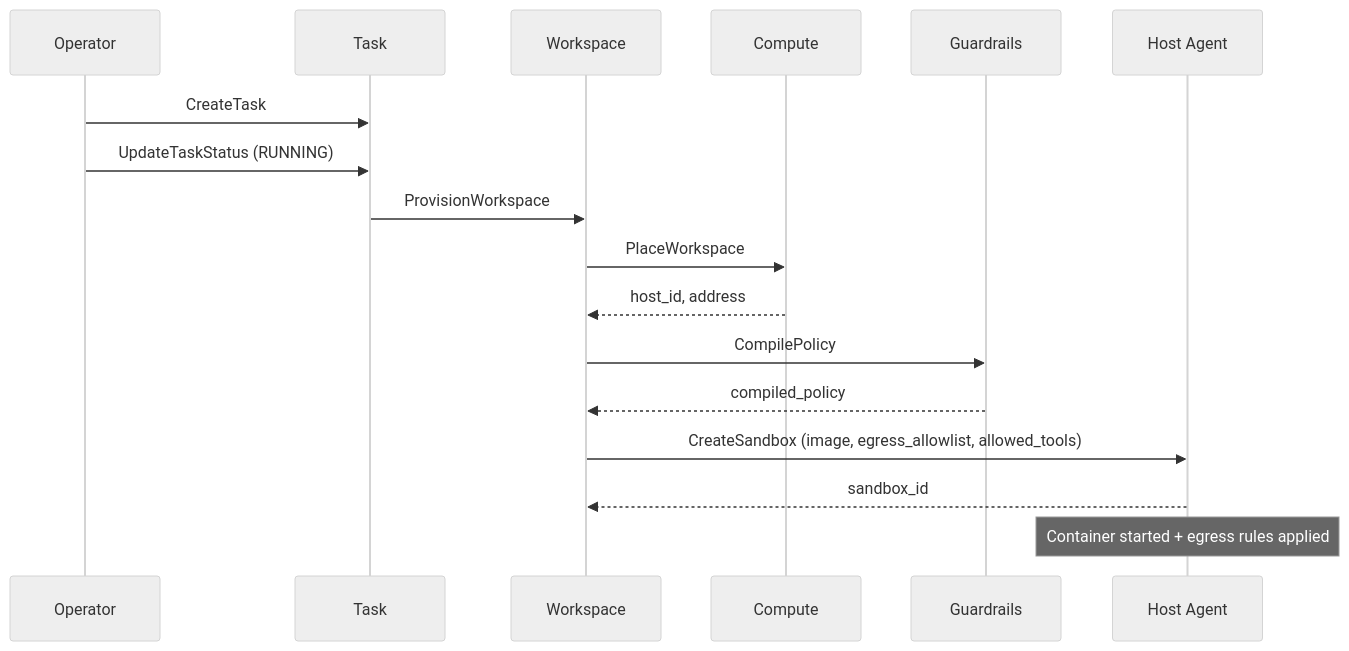
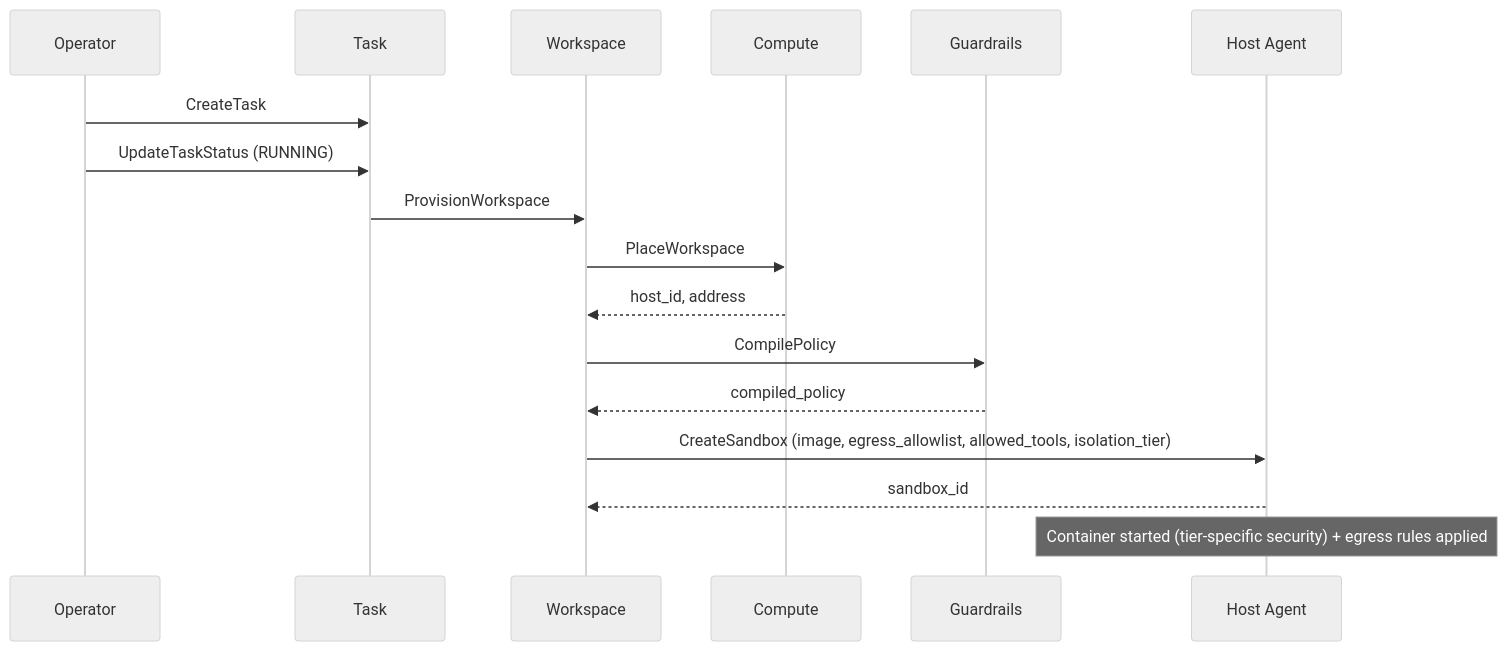
The diagram in docs/getting-started/operator-guide.md (Baselyne-Systems/agent-sandbox-platform), drawn with Mermaid (neutral theme) before and after one commit. The commit also changed other lines of this file and 27 other files, not shown here.

````diff
--- a/docs/getting-started/operator-guide.md
+++ b/docs/getting-started/operator-guide.md
@@ -183,20 +184,20 @@
 ```mermaid
 sequenceDiagram
     participant Op as Operator
     participant Task
     participant WS as Workspace
     participant Compute
     participant Guard as Guardrails
     participant HA as Host Agent
 
     Op->>Task: CreateTask
     Op->>Task: UpdateTaskStatus (RUNNING)
     Task->>WS: ProvisionWorkspace
     WS->>Compute: PlaceWorkspace
     Compute-->>WS: host_id, address
     WS->>Guard: CompilePolicy
     Guard-->>WS: compiled_policy
-    WS->>HA: CreateSandbox (image, egress_allowlist, allowed_tools)
+    WS->>HA: CreateSandbox (image, egress_allowlist, allowed_tools, isolation_tier)
     HA-->>WS: sandbox_id
-    Note over HA: Container started + egress rules applied
+    Note over HA: Container started (tier-specific security) + egress rules applied
 ```
````
